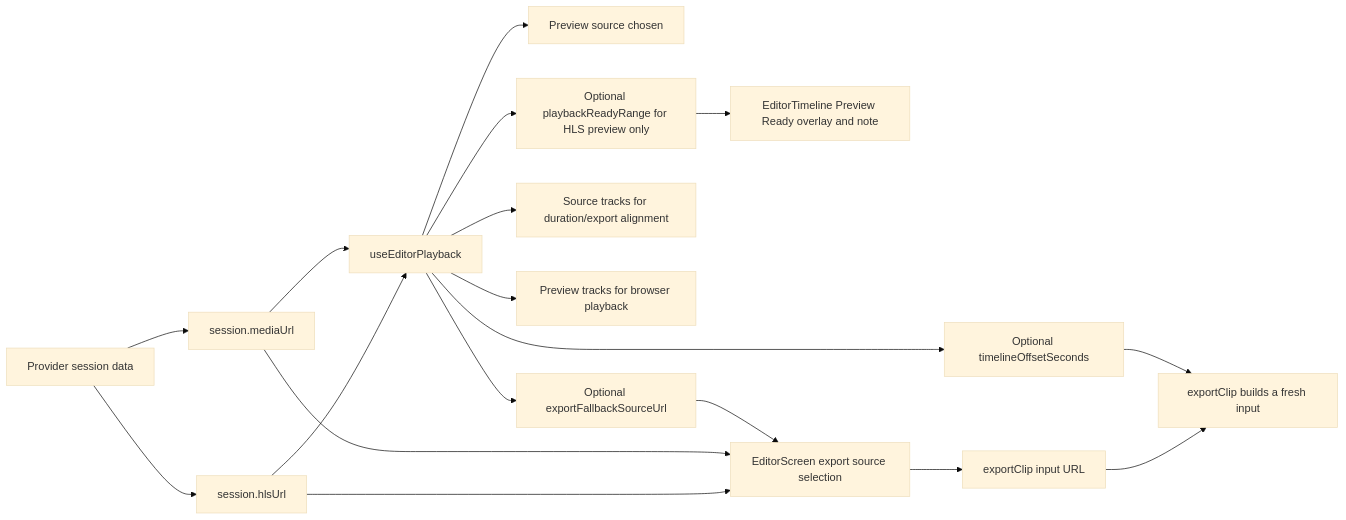
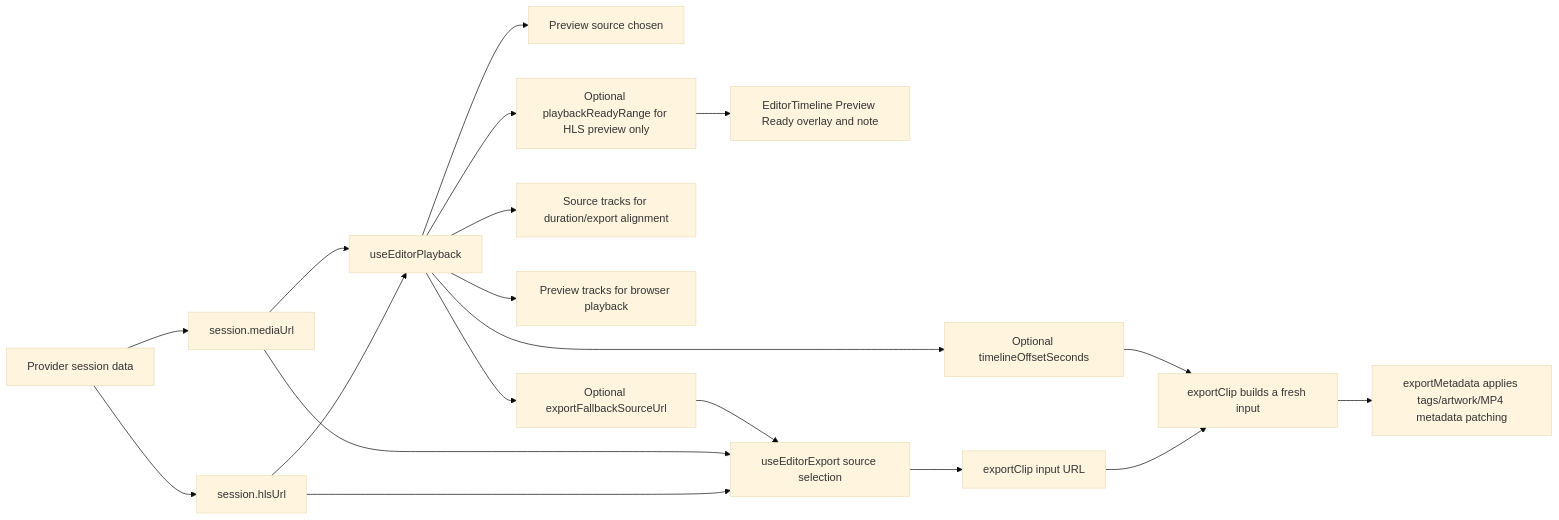
Before and after one commit to TechSquidTV/Cliparr: diagram 12 of 12 in DIAGRAMS.md, drawn with Mermaid (base theme). The commit also changed other lines of this file, not shown here.

Commit message:
Update frontend refactor diagrams

````diff
--- a/DIAGRAMS.md
+++ b/DIAGRAMS.md
@@ -220,20 +253,21 @@
 ```mermaid
 flowchart LR
     A["Provider session data"] --> B["session.hlsUrl"]
     A --> C["session.mediaUrl"]
     B --> D["useEditorPlayback"]
     C --> D
     D --> E["Preview source chosen"]
     D --> F["Optional exportFallbackSourceUrl"]
     D --> I["Optional timelineOffsetSeconds"]
     D --> J["Source tracks for duration/export alignment"]
     D --> K["Preview tracks for browser playback"]
     D --> L["Optional playbackReadyRange for HLS preview only"]
     L --> M["EditorTimeline Preview Ready overlay and note"]
-    B --> G["EditorScreen export source selection"]
+    B --> G["useEditorExport source selection"]
     C --> G
     F --> G
     G --> H["exportClip input URL"]
     H --> N["exportClip builds a fresh input"]
     I --> N
+    N --> O["exportMetadata applies tags/artwork/MP4 metadata patching"]
 ```
````
